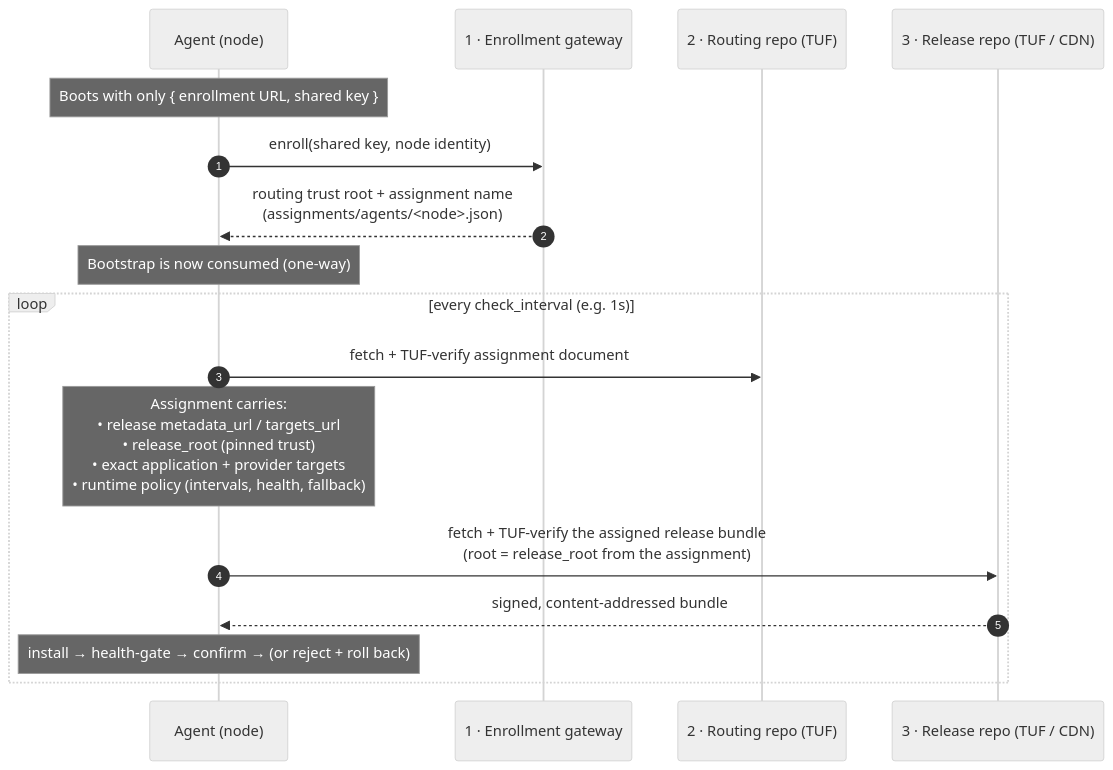
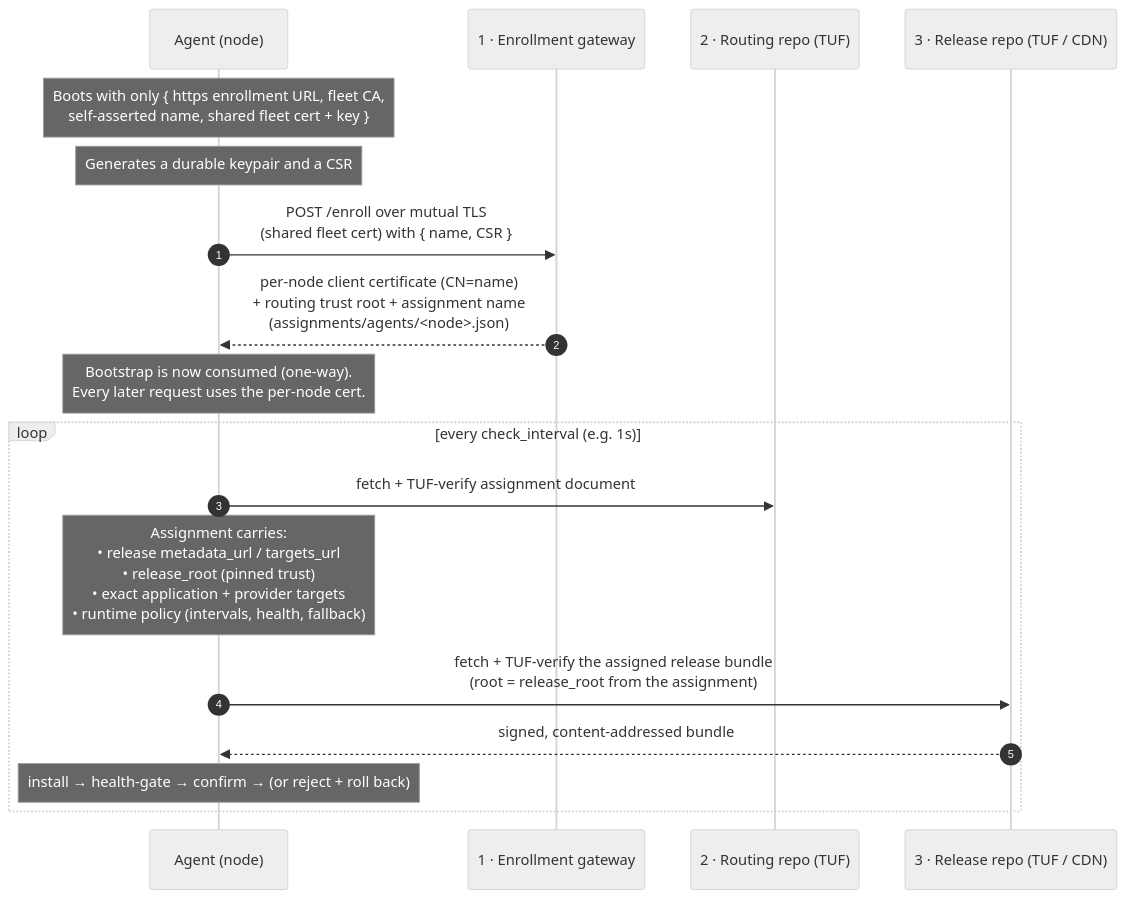
The first of 5 diagrams in docs/fleet-rollout-endpoints.md (evan-hines-js/updatedc), drawn with Mermaid (neutral theme) before and after one commit. The commit also changed other lines of this file and 136 other files, not shown here.

````diff
--- a/docs/fleet-rollout-endpoints.md
+++ b/docs/fleet-rollout-endpoints.md
@@ -41,21 +41,22 @@
 ```mermaid
 sequenceDiagram
     autonumber
     participant N as Agent (node)
     participant E as 1 · Enrollment gateway
     participant R as 2 · Routing repo (TUF)
     participant C as 3 · Release repo (TUF / CDN)
 
-    Note over N: Boots with only { enrollment URL, shared key }
-    N->>E: enroll(shared key, node identity)
-    E-->>N: routing trust root + assignment name<br/>(assignments/agents/<node>.json)
-    Note over N: Bootstrap is now consumed (one-way)
+    Note over N: Boots with only { https enrollment URL, fleet CA,<br/>self-asserted name, shared fleet cert + key }
+    Note over N: Generates a durable keypair and a CSR
+    N->>E: POST /enroll over mutual TLS<br/>(shared fleet cert) with { name, CSR }
+    E-->>N: per-node client certificate (CN=name)<br/>+ routing trust root + assignment name<br/>(assignments/agents/<node>.json)
+    Note over N: Bootstrap is now consumed (one-way).<br/>Every later request uses the per-node cert.
 
     loop every check_interval (e.g. 1s)
         N->>R: fetch + TUF-verify assignment document
         Note over N: Assignment carries:<br/>• release metadata_url / targets_url<br/>• release_root (pinned trust)<br/>• exact application + provider targets<br/>• runtime policy (intervals, health, fallback)
         N->>C: fetch + TUF-verify the assigned release bundle<br/>(root = release_root from the assignment)
         C-->>N: signed, content-addressed bundle
         Note over N: install → health-gate → confirm → (or reject + roll back)
     end
 ```
````
